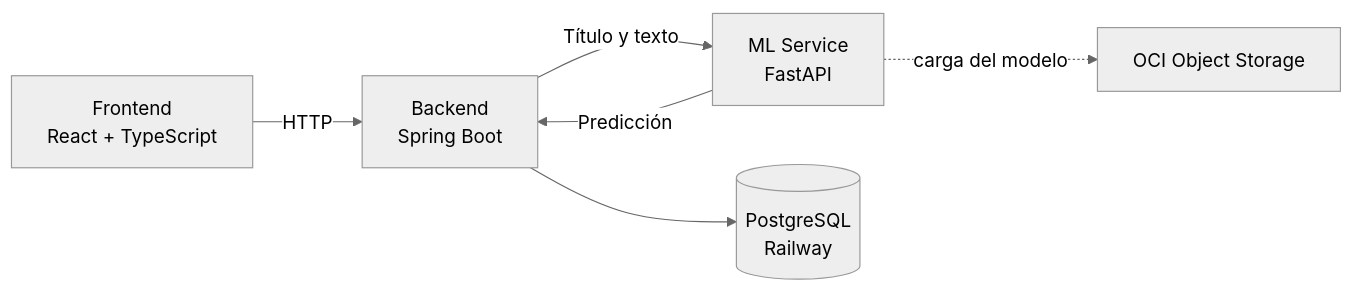
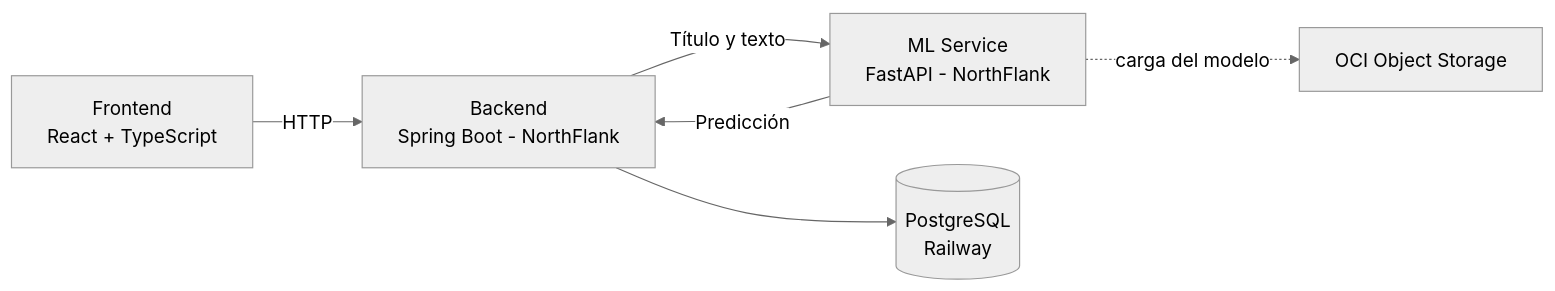
Before and after one commit to No-Country-simulation/G9-LATAM-TEAM-64-TECHMIND: the diagram in README.md, drawn with Mermaid (neutral theme). The commit also changed other lines of this file, not shown here.

````diff
--- a/README.md
+++ b/README.md
@@ -105,8 +105,8 @@
 ```mermaid
 flowchart LR
-    A[Frontend\nReact + TypeScript] -->|HTTP| B[Backend\nSpring Boot]
-    B -->|Título y texto| C[ML Service\nFastAPI]
+    A[Frontend\nReact + TypeScript] -->|HTTP| B[Backend\nSpring Boot - NorthFlank]
+    B -->|Título y texto| C[ML Service\nFastAPI - NorthFlank]
     C -->|Predicción| B
     B --> D[(PostgreSQL\nRailway)]
     C -. carga del modelo .-> E[OCI Object Storage]
 ```
````
